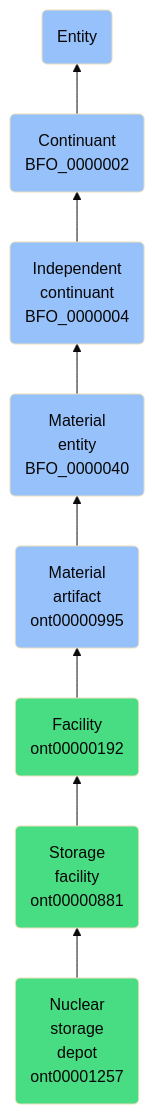
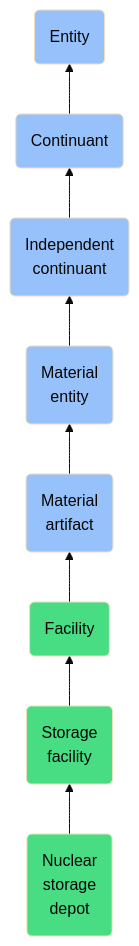
One commit to jupyter-naas/abi changed the diagram in docs/ontology/reference/model/Entity/Continuant/Independent continuant/Material entity/Material artifact/Facility/Storage facility/Nuclear storage depot/Nuclear storage depot.md. Above: the diagram before and after it, drawn with Mermaid (base theme). The commit also changed other lines of this file and 1430 other files, not shown here.

````diff
--- a/docs/ontology/reference/model/Entity/Continuant/Independent continuant/Material entity/Material artifact/Facility/Storage facility/Nuclear storage depot/Nuclear storage depot.md
+++ b/docs/ontology/reference/model/Entity/Continuant/Independent continuant/Material entity/Material artifact/Facility/Storage facility/Nuclear storage depot/Nuclear storage depot.md
@@ -24,15 +24,15 @@
 ```mermaid
 graph BT
-    ont00001257(Nuclear<br>storage<br>depot<br>ont00001257):::ABI-->ont00000881
-    ont00000881(Storage<br>facility<br>ont00000881):::ABI-->ont00000192
-    ont00000192(Facility<br>ont00000192):::ABI-->ont00000995
-    ont00000995(Material<br>artifact<br>ont00000995):::BFO-->BFO_0000040
-    BFO_0000040(Material<br>entity<br>BFO_0000040):::BFO-->BFO_0000004
-    BFO_0000004(Independent<br>continuant<br>BFO_0000004):::BFO-->BFO_0000002
-    BFO_0000002(Continuant<br>BFO_0000002):::BFO-->BFO_0000001
+    ont00001257(Nuclear<br>storage<br>depot):::ABI-->ont00000881
+    ont00000881(Storage<br>facility):::ABI-->ont00000192
+    ont00000192(Facility):::ABI-->ont00000995
+    ont00000995(Material<br>artifact):::BFO-->BFO_0000040
+    BFO_0000040(Material<br>entity):::BFO-->BFO_0000004
+    BFO_0000004(Independent<br>continuant):::BFO-->BFO_0000002
+    BFO_0000002(Continuant):::BFO-->BFO_0000001
     BFO_0000001(Entity):::BFO
     
     classDef BFO fill:#97c1fb,color:#060606
     classDef CCO fill:#e4c51e,color:#060606
     classDef ABI fill:#48DD82,color:#060606
 ```
````
